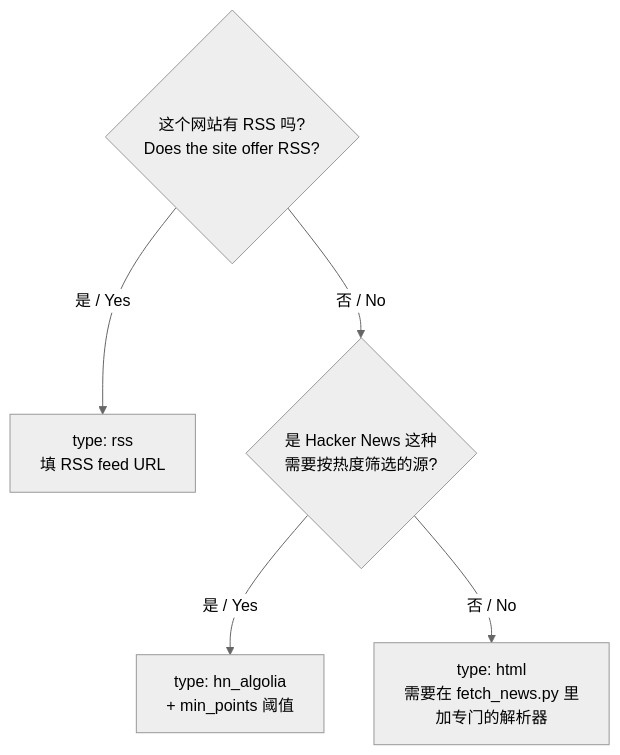
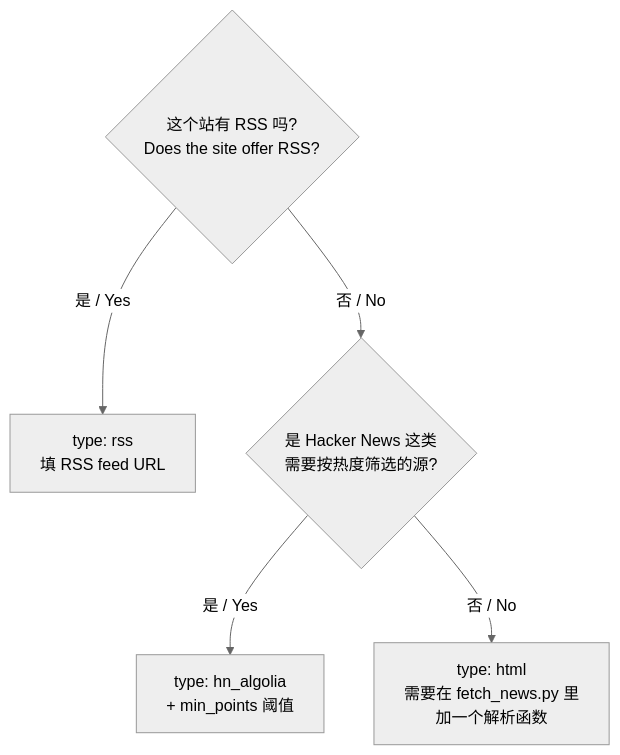
Before and after one commit to WangZetian-IVERSON/Everyday-AInews-in-Openclaw: the second of 4 diagrams in README.md, drawn with Mermaid (neutral theme). The commit also changed other lines of this file, not shown here.

````diff
--- a/README.md
+++ b/README.md
@@ -313,8 +133,8 @@
 ```mermaid
 flowchart TD
-    Q{这个网站有 RSS 吗?<br/>Does the site offer RSS?}
+    Q{这个站有 RSS 吗?<br/>Does the site offer RSS?}
     Q -- 是 / Yes --> R["type: rss<br/>填 RSS feed URL"]
-    Q -- 否 / No --> S{是 Hacker News 这种<br/>需要按热度筛选的源?}
+    Q -- 否 / No --> S{是 Hacker News 这类<br/>需要按热度筛选的源?}
     S -- 是 / Yes --> H["type: hn_algolia<br/>+ min_points 阈值"]
-    S -- 否 / No --> X["type: html<br/>需要在 fetch_news.py 里<br/>加专门的解析器"]
+    S -- 否 / No --> X["type: html<br/>需要在 fetch_news.py 里<br/>加一个解析函数"]
 ```
````
